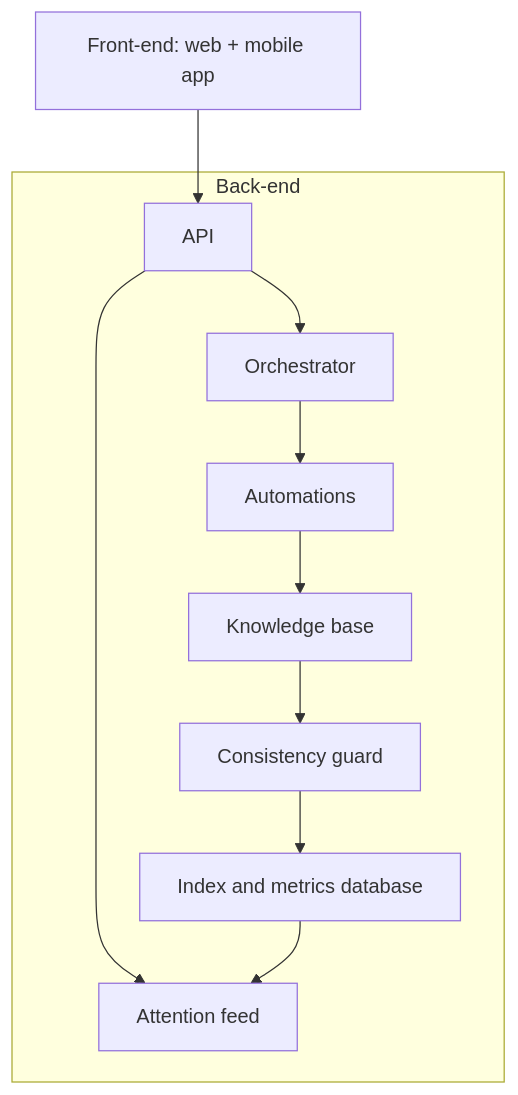
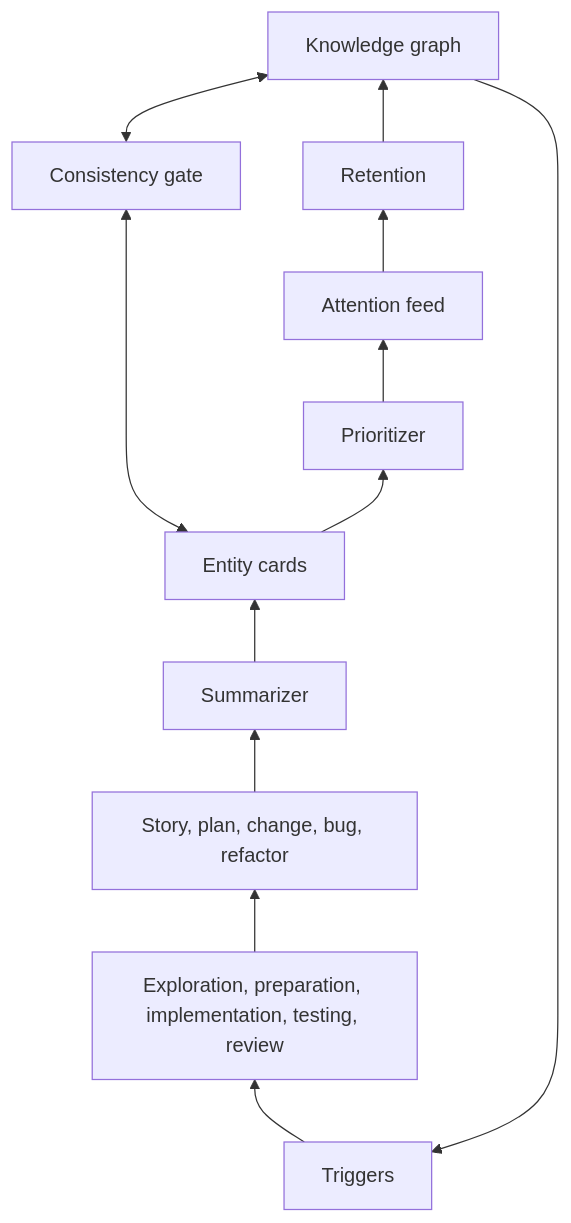
Before and after one commit to Aleksander1111/momentum: the diagram in knowledge-graph/Governance/DesignDoc/spec/components.md, drawn with Mermaid. The commit also changed other lines of this file, not shown here.

Commit message:
momentum: summarization run 27a246d8

````diff
--- a/knowledge-graph/Governance/DesignDoc/spec/components.md
+++ b/knowledge-graph/Governance/DesignDoc/spec/components.md
@@ -30,12 +30,9 @@
 ```mermaid
-flowchart TD
-  FE[Front-end: web + mobile app] --> API
-  subgraph Back-end
-    API --> ORC[Orchestrator]
-    API --> FEED[Attention feed]
-    ORC --> AUT[Automations]
-    AUT --> KB[Knowledge base]
-    KB --> G[Consistency guard] --> DB[Index and metrics database]
-    DB --> FEED
-  end
+flowchart BT
+  T[Triggers] --> A[Exploration, preparation, implementation, testing, review]
+  A --> R[Story, plan, change, bug, refactor]
+  R --> S[Summarizer] --> C[Entity cards]
+  C <--> G[Consistency gate] <--> K[Knowledge graph]
+  C --> P[Prioritizer] --> F[Attention feed]
+  F --> RT[Retention] --> K --> T
 ```
````
